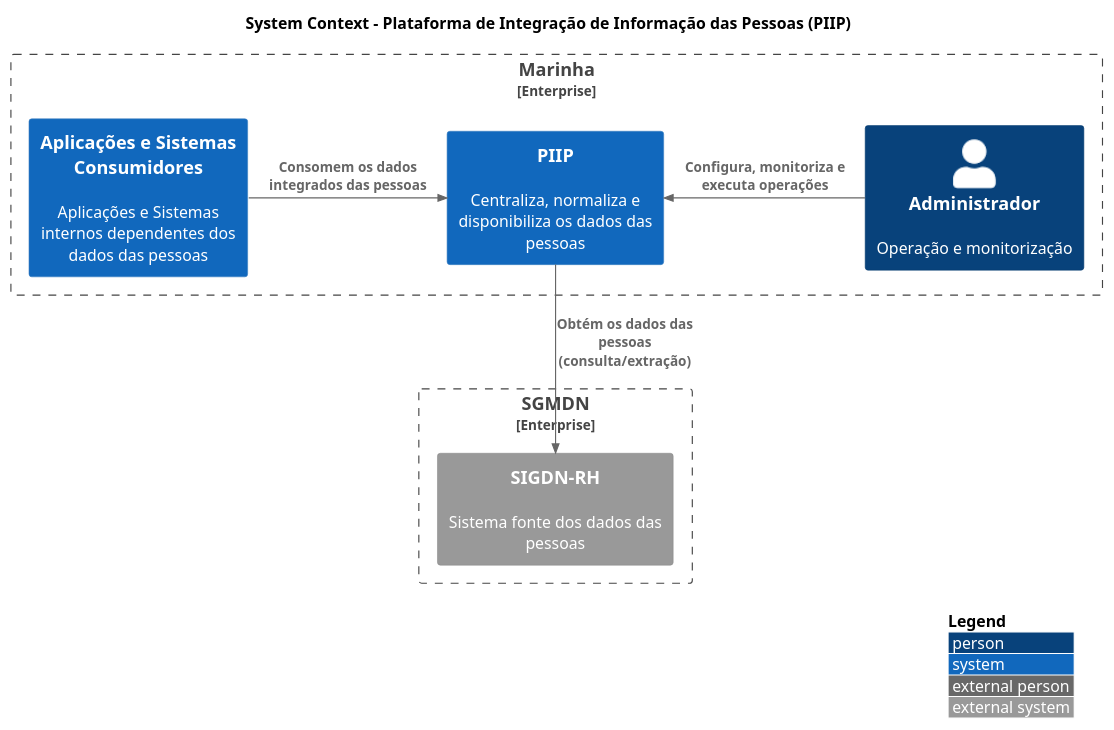
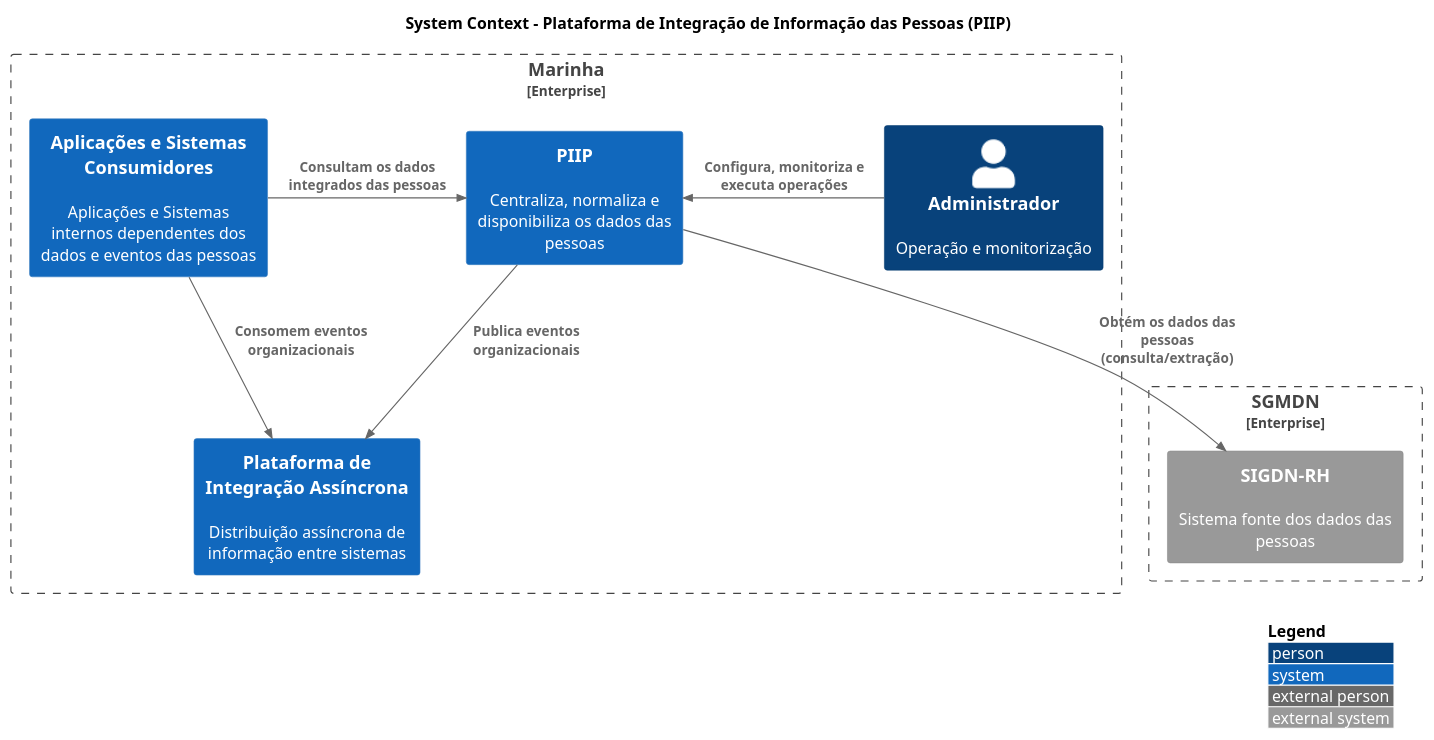
Before and after one commit to Raimundo82/pessoas-integracao: the diagram in docs/c4/system-context.md, drawn with PlantUML.

Commit message:
docs: add broker to c4 context

````diff
--- a/docs/c4/system-context.md
+++ b/docs/c4/system-context.md
@@ -3,21 +3,35 @@
 ```plantuml
 @startuml system-context-pessoas-integracao
 !include https://raw.githubusercontent.com/plantuml-stdlib/C4-PlantUML/master/C4_Context.puml
 
 LAYOUT_WITH_LEGEND()
 
 title System Context - Plataforma de Integração de Informação das Pessoas (PIIP)
 
 Enterprise_Boundary(marinha, "Marinha") {
+
     Person(admin, "Administrador", "Operação e monitorização")
+
     System(pessoas_integracao, "PIIP", "Centraliza, normaliza e disponibiliza os dados das pessoas")
-    System(consumidores, "Aplicações e Sistemas Consumidores", "Aplicações e Sistemas internos dependentes dos dados das pessoas")
+
+    System(consumidores, "Aplicações e Sistemas Consumidores", "Aplicações e Sistemas internos dependentes dos dados e eventos das pessoas")
+
+    System(broker, "Plataforma de Integração Assíncrona", "Distribuição assíncrona de informação entre sistemas")
 }
+
 Enterprise_Boundary(sgmdn, "SGMDN") {
     System_Ext(sigdn_rh, "SIGDN-RH", "Sistema fonte dos dados das pessoas")
 }
+
 Rel_L(admin, pessoas_integracao,"Configura, monitoriza e executa operações")
-Rel_R(consumidores, pessoas_integracao, "Consomem os dados integrados das pessoas")
+
+Rel_R(consumidores, pessoas_integracao, "Consultam os dados integrados das pessoas")
+
+Rel(consumidores, broker, "Consomem eventos organizacionais")
+
 Rel(pessoas_integracao, sigdn_rh, "Obtém os dados das pessoas (consulta/extração)")
+
+Rel(pessoas_integracao, broker, "Publica eventos organizacionais")
+
 @enduml
 ```
````
